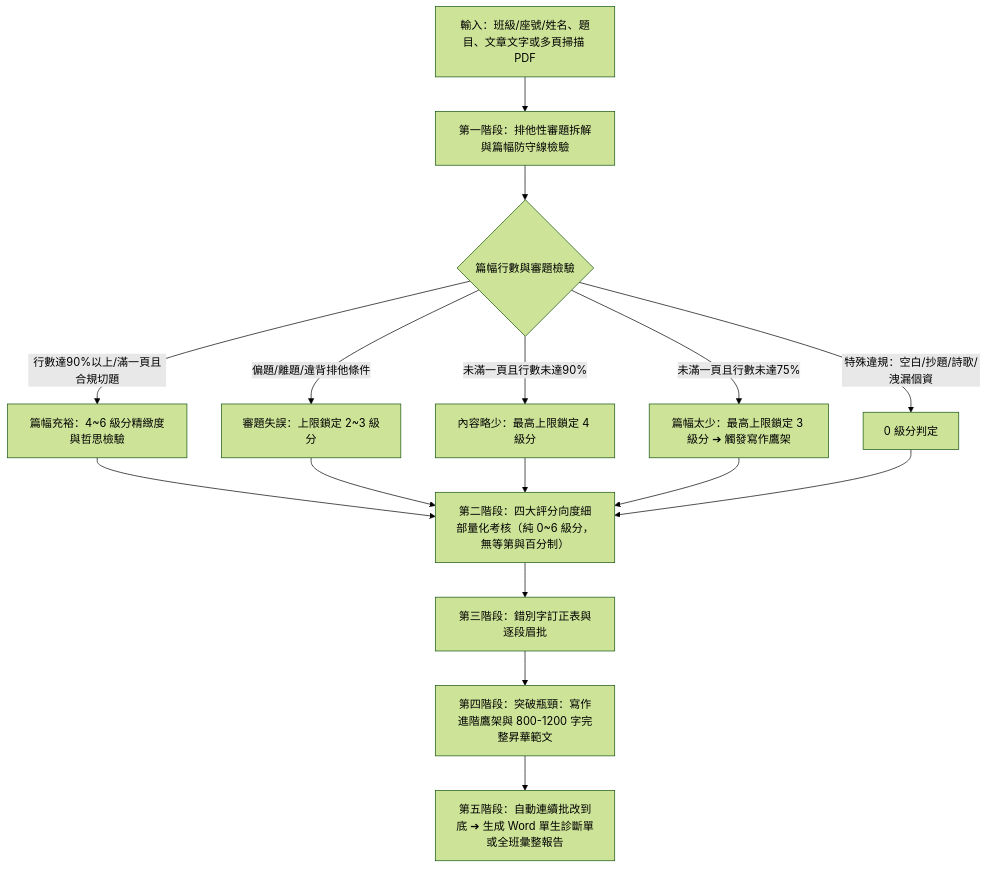
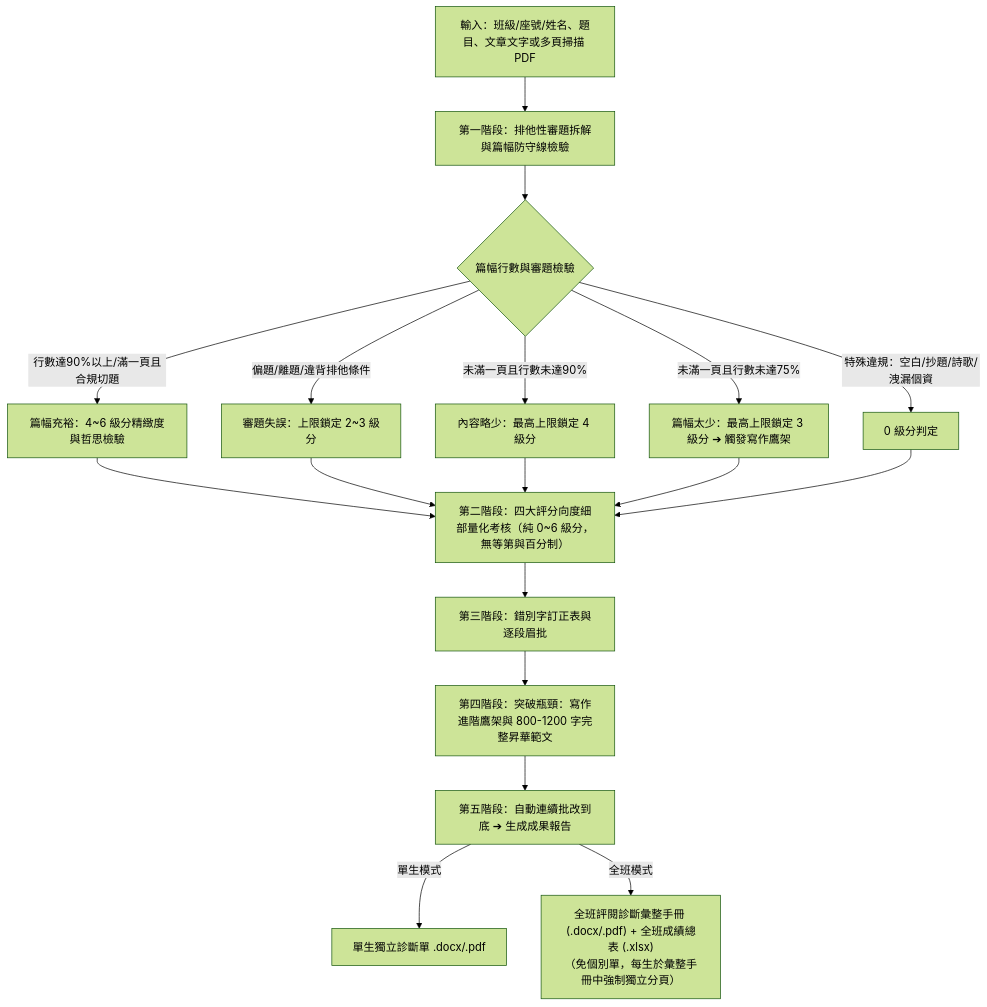
One commit to geniefu/chinese-essay-evaluator changed the first of 2 diagrams in SKILL.md. Above: the diagram before and after it, drawn with Mermaid (forest theme). The commit also changed other lines of this file and 4 other files, not shown here.

Commit message:
feat: 全班批閱模式規範改為僅產出全班彙整手冊與Excel總表（免個別學生單），並增強缺考處理與原卷圖檔存查

````diff
--- a/SKILL.md
+++ b/SKILL.md
@@ -124,14 +124,16 @@
 ```mermaid
 flowchart TD
     A[輸入：班級/座號/姓名、題目、文章文字或多頁掃描 PDF] --> B[第一階段：排他性審題拆解與篇幅防守線檢驗]
     B --> C{篇幅行數與審題檢驗}
     C -->|未滿一頁且行數未達75%| D4[篇幅太少：最高上限鎖定 3 級分 ➔ 觸發寫作鷹架]
     C -->|未滿一頁且行數未達90%| D3[內容略少：最高上限鎖定 4 級分]
     C -->|偏題/離題/違背排他條件| D2[審題失誤：上限鎖定 2~3 級分]
     C -->|行數達90%以上/滿一頁且合規切題| D1[篇幅充裕：4~6 級分精緻度與哲思檢驗]
     C -->|特殊違規：空白/抄題/詩歌/洩漏個資| D0[0 級分判定]
     D1 & D2 & D3 & D4 & D0 --> E[第二階段：四大評分向度細部量化考核（純 0~6 級分，無等第與百分制）]
     E --> F[第三階段：錯別字訂正表與逐段眉批]
     F --> G[第四階段：突破瓶頸：寫作進階鷹架與 800-1200 字完整昇華範文]
-    G --> H[第五階段：自動連續批改到底 ➔ 生成 Word 單生診斷單或全班彙整報告]
+    G --> H[第五階段：自動連續批改到底 ➔ 生成成果報告]
+    H -->|單生模式| H1[單生獨立診斷單 .docx/.pdf]
+    H -->|全班模式| H2["全班評閱診斷彙整手冊 (.docx/.pdf) + 全班成績總表 (.xlsx)<br>（免個別單，每生於彙整手冊中強制獨立分頁）"]
 ```
````
